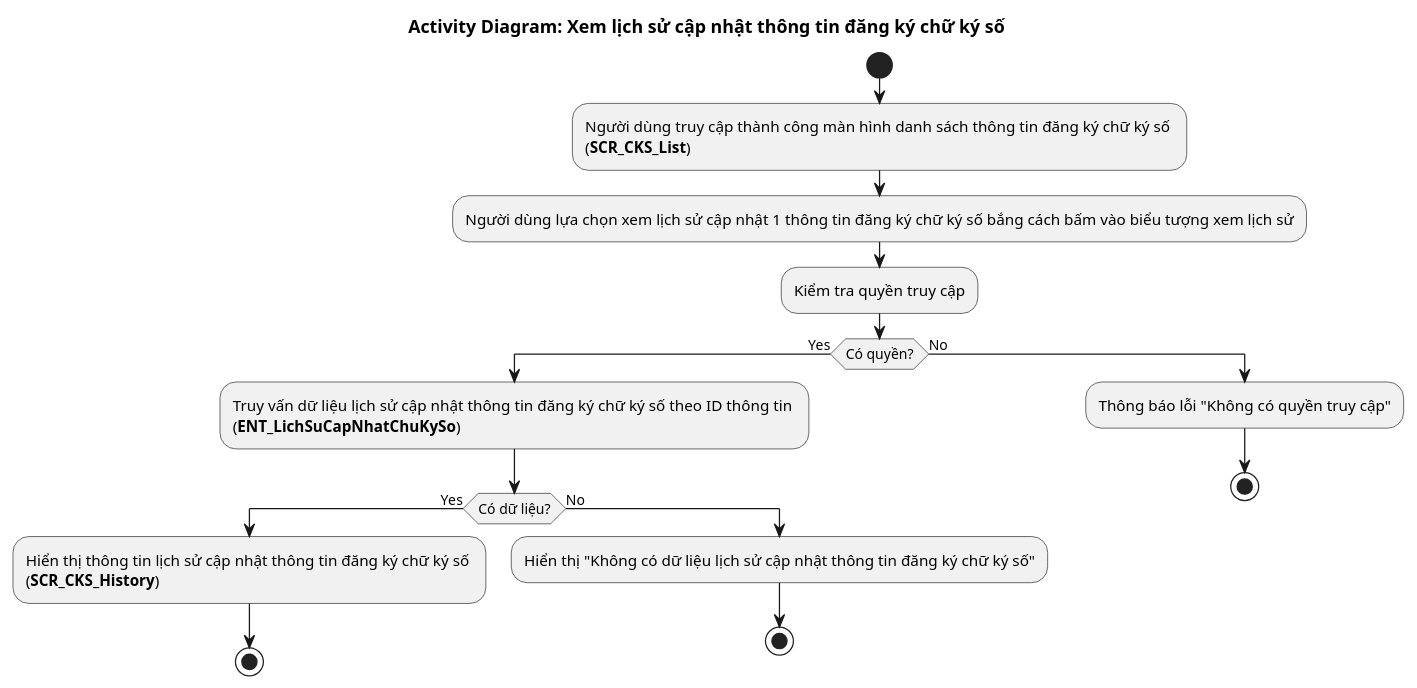
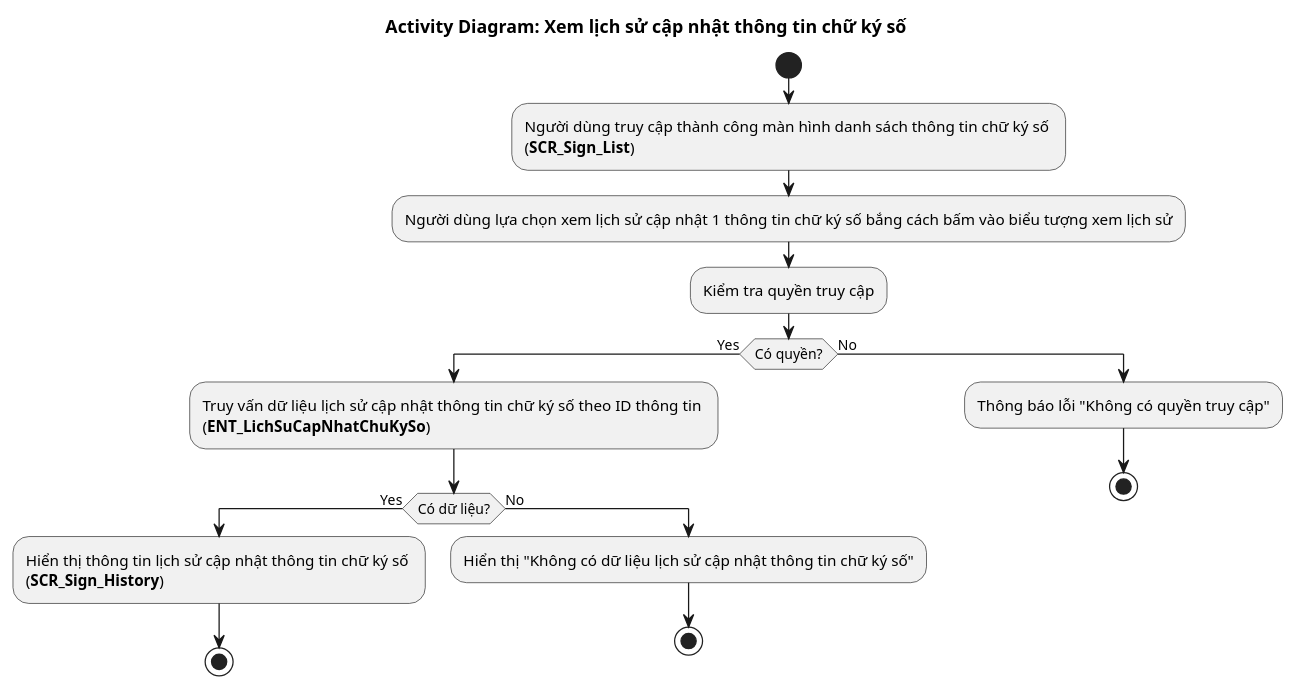
Before and after one commit to phuongpm23/nds-docs-test: the diagram in Quản lý công chứng viên/4.usecases/ChuKySo/XemLichSu/AD_Sign_History.puml, drawn with PlantUML. The commit also changed 45 other files, not shown here.

```diff
--- a/Quản lý công chứng viên/4.usecases/ChuKySo/XemLichSu/AD_Sign_History.puml
+++ b/Quản lý công chứng viên/4.usecases/ChuKySo/XemLichSu/AD_Sign_History.puml
@@ -1,22 +1,22 @@
-@startuml AD_ChungChi_Detail
+@startuml AD_Sign_History
 !pragma layout smetana
-title Activity Diagram: Xem lịch sử cập nhật thông tin đăng ký chữ ký số
+title Activity Diagram: Xem lịch sử cập nhật thông tin chữ ký số
 
 start
-:Người dùng truy cập thành công màn hình danh sách thông tin đăng ký chữ ký số \n(**SCR_CKS_List**);
-:Người dùng lựa chọn xem lịch sử cập nhật 1 thông tin đăng ký chữ ký số bắng cách bấm vào biểu tượng xem lịch sử;
+:Người dùng truy cập thành công màn hình danh sách thông tin chữ ký số \n(**SCR_Sign_List**);
+:Người dùng lựa chọn xem lịch sử cập nhật 1 thông tin chữ ký số bắng cách bấm vào biểu tượng xem lịch sử;
 :Kiểm tra quyền truy cập;
 if (Có quyền?) then (Yes)
-  :Truy vấn dữ liệu lịch sử cập nhật thông tin đăng ký chữ ký số theo ID thông tin \n(**ENT_LichSuCapNhatChuKySo**);
+  :Truy vấn dữ liệu lịch sử cập nhật thông tin chữ ký số theo ID thông tin \n(**ENT_LichSuCapNhatChuKySo**);
   if (Có dữ liệu?) then (Yes)
-    :Hiển thị thông tin lịch sử cập nhật thông tin đăng ký chữ ký số \n(**SCR_CKS_History**);
+    :Hiển thị thông tin lịch sử cập nhật thông tin chữ ký số \n(**SCR_Sign_History**);
     stop
   else (No)
-    :Hiển thị "Không có dữ liệu lịch sử cập nhật thông tin đăng ký chữ ký số";
+    :Hiển thị "Không có dữ liệu lịch sử cập nhật thông tin chữ ký số";
     stop
   endif
 else (No)
   :Thông báo lỗi "Không có quyền truy cập";
   stop
 endif
 @enduml
```
